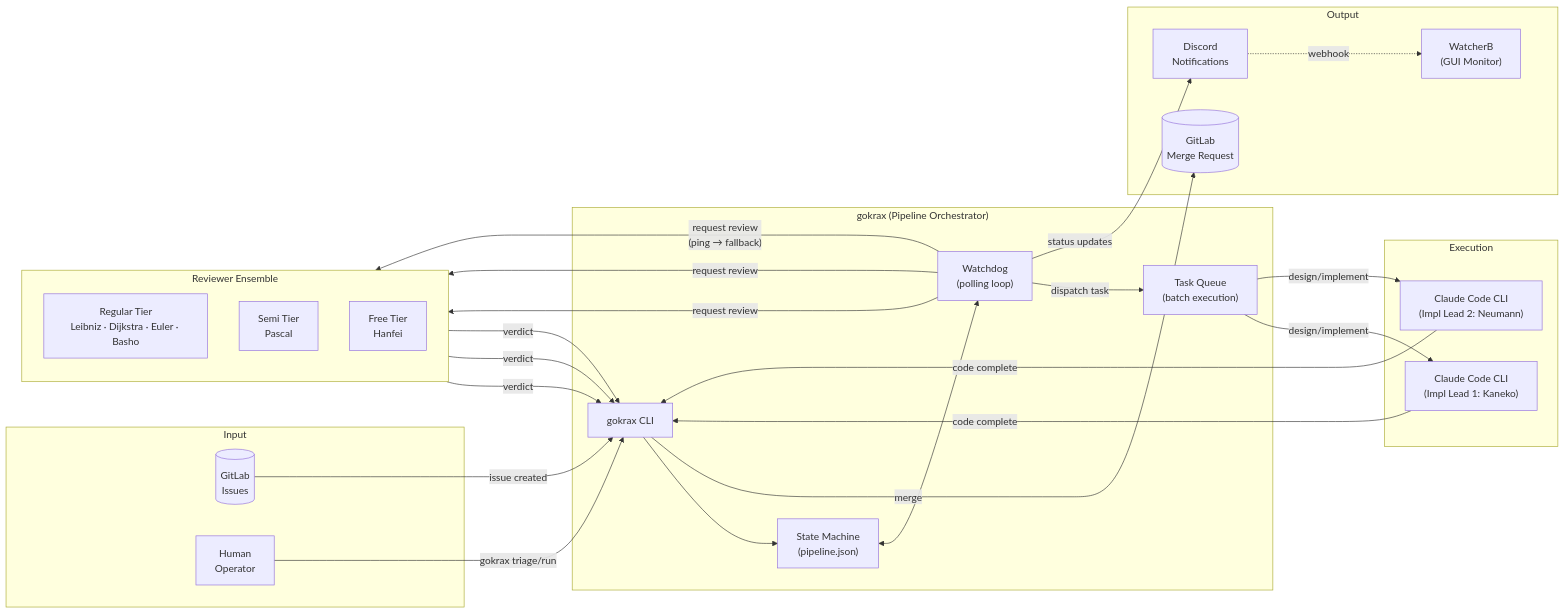
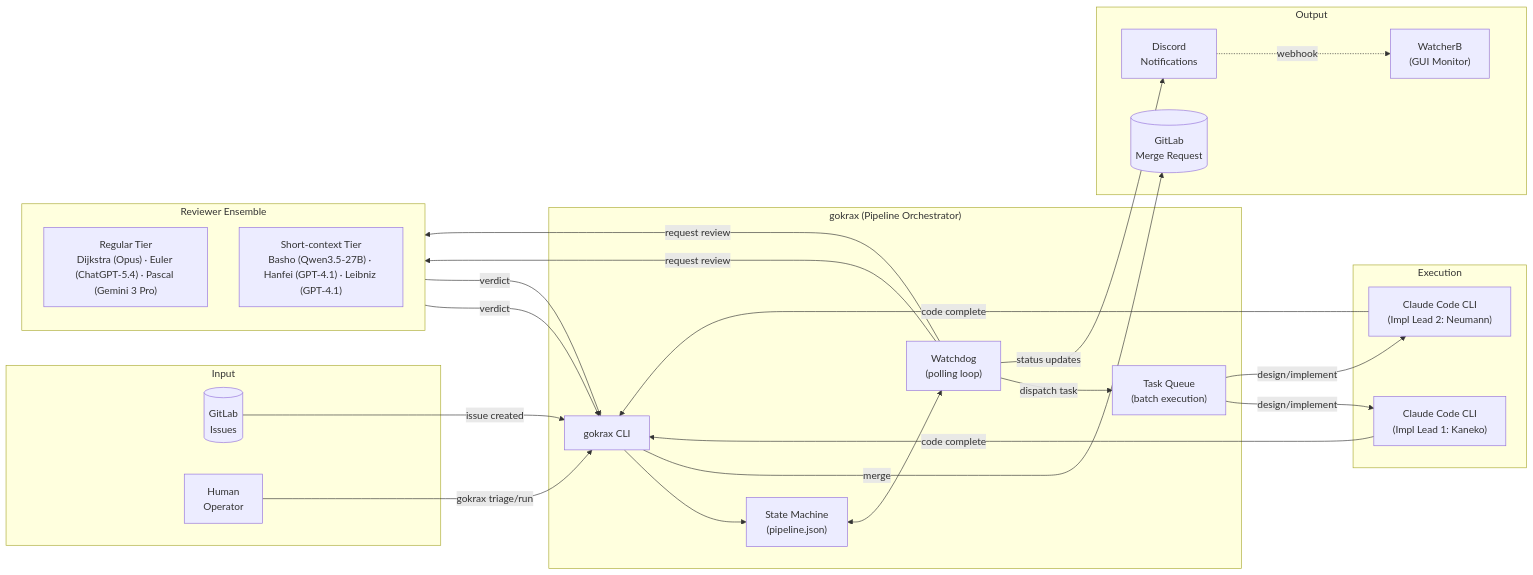
One commit to atakalive/gokrax changed the first of 5 diagrams in docs/architecture.md. Above: the diagram before and after it, drawn with Mermaid. The commit also changed other lines of this file and 2 other files, not shown here.

Commit message:
docs: update spec_ja.md, architecture.md; add spec_mode_spec.md. Closes #153

````diff
--- a/docs/architecture.md
+++ b/docs/architecture.md
@@ -5,51 +7,48 @@
 ```mermaid
 graph LR
     subgraph Input
         GL[("GitLab<br/>Issues")]
         M["Human<br/>Operator"]
     end
 
     subgraph gokrax["gokrax (Pipeline Orchestrator)"]
         CLI["gokrax CLI"]
         SM["State Machine<br/>(pipeline.json)"]
         WD["Watchdog<br/>(polling loop)"]
         TQ["Task Queue<br/>(batch execution)"]
     end
 
     subgraph Execution
         CC1["Claude Code CLI<br/>(Impl Lead 1: Kaneko)"]
         CC2["Claude Code CLI<br/>(Impl Lead 2: Neumann)"]
     end
 
     subgraph Review["Reviewer Ensemble"]
         direction TB
-        R_REG["Regular Tier<br/>Leibniz · Dijkstra · Euler · Basho"]
-        R_SEMI["Semi Tier<br/>Pascal"]
-        R_FREE["Free Tier<br/>Hanfei"]
+        R_REG["Regular Tier<br/>Dijkstra (Opus) · Euler (ChatGPT-5.4) · Pascal (Gemini 3 Pro)"]
+        R_SHORT["Short-context Tier<br/>Basho (Qwen3.5-27B) · Hanfei (GPT-4.1) · Leibniz (GPT-4.1)"]
     end
 
     subgraph Output
         MR[("GitLab<br/>Merge Request")]
         DC["Discord<br/>Notifications"]
         WB["WatcherB<br/>(GUI Monitor)"]
     end
 
     GL -->|"issue created"| CLI
     M -->|"gokrax triage/run"| CLI
     CLI --> SM
     SM <--> WD
     WD -->|"dispatch task"| TQ
     TQ -->|"design/implement"| CC1
     TQ -->|"design/implement"| CC2
     WD -->|"request review"| R_REG
-    WD -->|"request review"| R_SEMI
-    WD -->|"request review<br/>(ping → fallback)"| R_FREE
+    WD -->|"request review"| R_SHORT
     R_REG -->|"verdict"| CLI
-    R_SEMI -->|"verdict"| CLI
-    R_FREE -->|"verdict"| CLI
+    R_SHORT -->|"verdict"| CLI
     CC1 -->|"code complete"| CLI
     CC2 -->|"code complete"| CLI
     CLI -->|"merge"| MR
     WD -->|"status updates"| DC
     DC -.->|"webhook"| WB
 ```
````
